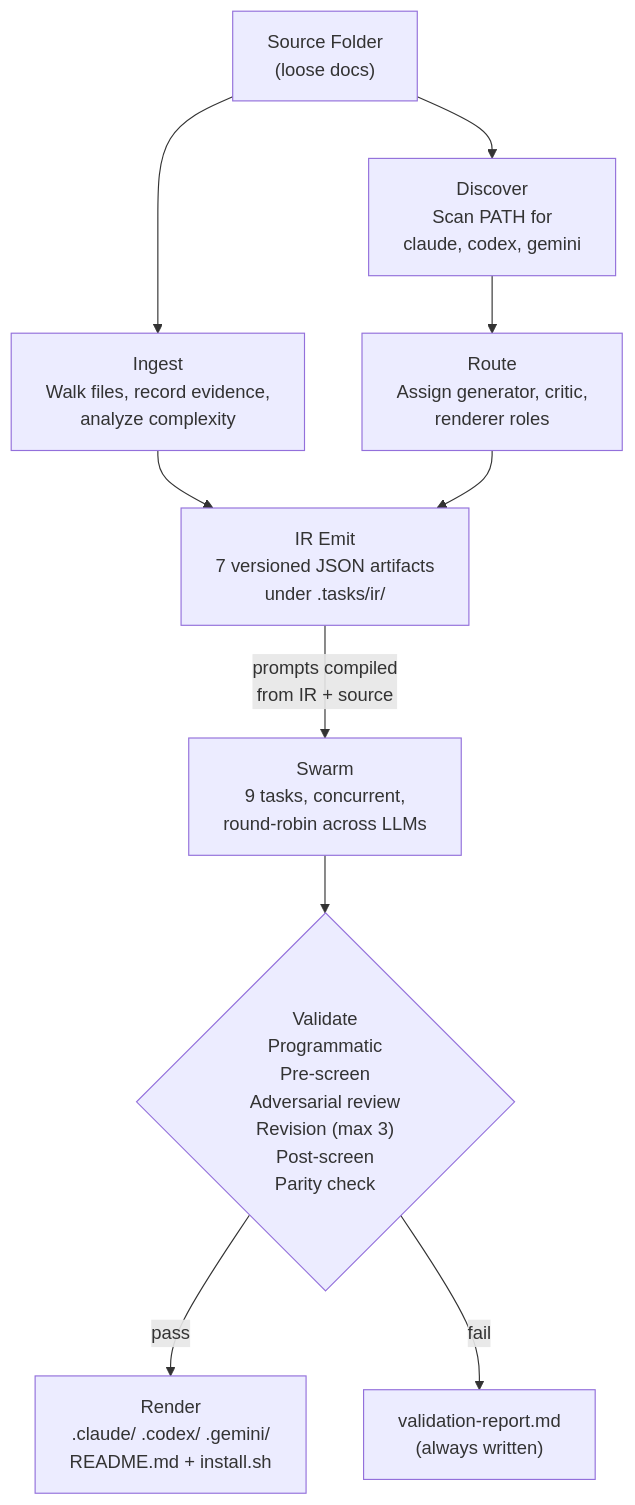
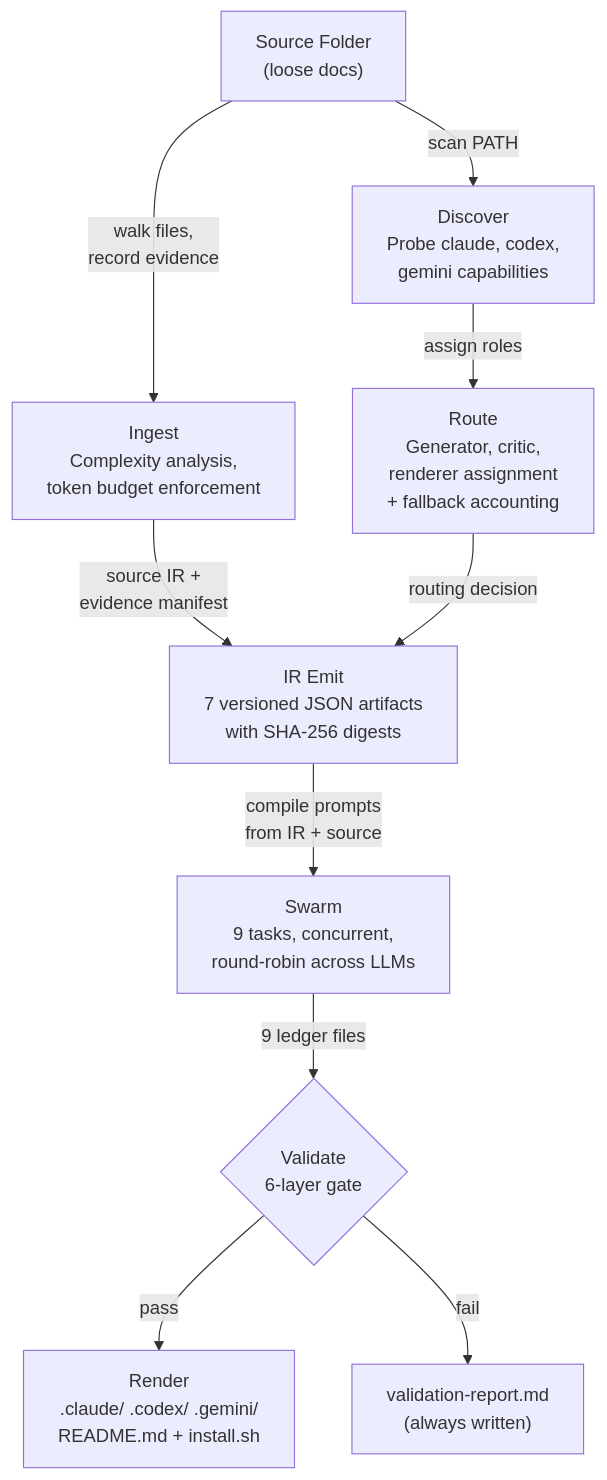
One commit to op7ic/SwarmMaker changed the second of 3 diagrams in README.md. Above: the diagram before and after it, drawn with Mermaid. The commit also changed other lines of this file, not shown here.

First line of the commit message:
Improve README flow and validation sections

````diff
--- a/README.md
+++ b/README.md
@@ -41,12 +41,12 @@
 ```mermaid
 graph TD
-    SRC["Source Folder<br/>(loose docs)"] --> INGEST["Ingest<br/>Walk files, record evidence,<br/>analyze complexity"]
-    SRC --> DISC["Discover<br/>Scan PATH for<br/>claude, codex, gemini"]
-    DISC --> ROUTE["Route<br/>Assign generator, critic,<br/>renderer roles"]
-    INGEST --> IR["IR Emit<br/>7 versioned JSON artifacts<br/>under .tasks/ir/"]
-    ROUTE --> IR
-    IR -->|prompts compiled<br/>from IR + source| SWARM["Swarm<br/>9 tasks, concurrent,<br/>round-robin across LLMs"]
-    SWARM --> VALID{"Validate<br/>Programmatic<br/>Pre-screen<br/>Adversarial review<br/>Revision (max 3)<br/>Post-screen<br/>Parity check"}
+    SRC["Source Folder<br/>(loose docs)"] -->|walk files,<br/>record evidence| INGEST["Ingest<br/>Complexity analysis,<br/>token budget enforcement"]
+    SRC -->|scan PATH| DISC["Discover<br/>Probe claude, codex,<br/>gemini capabilities"]
+    DISC -->|assign roles| ROUTE["Route<br/>Generator, critic,<br/>renderer assignment<br/>+ fallback accounting"]
+    INGEST -->|source IR +<br/>evidence manifest| IR["IR Emit<br/>7 versioned JSON artifacts<br/>with SHA-256 digests"]
+    ROUTE -->|routing decision| IR
+    IR -->|compile prompts<br/>from IR + source| SWARM["Swarm<br/>9 tasks, concurrent,<br/>round-robin across LLMs"]
+    SWARM -->|9 ledger files| VALID{"Validate<br/>6-layer gate"}
     VALID -->|pass| RENDER["Render<br/>.claude/ .codex/ .gemini/<br/>README.md + install.sh"]
     VALID -->|fail| REPORT["validation-report.md<br/>(always written)"]
 ```
````
